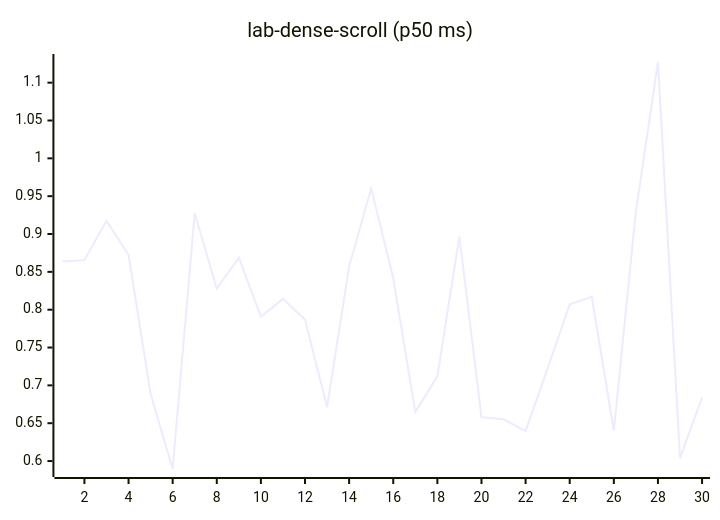
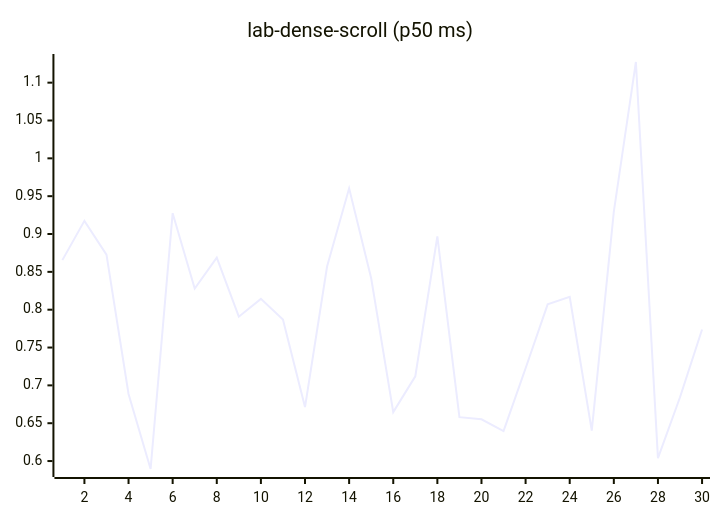
Diagram 12 of 27 in README.md (josha/Facet), drawn with Mermaid before and after one commit. The commit also changed other lines of this file and 2 other files, not shown here.

````diff
--- a/README.md
+++ b/README.md
@@ -140,6 +140,6 @@
 ```mermaid
 xychart-beta
     title "lab-dense-scroll (p50 ms)"
     x-axis 1 --> 30
-    line [0.8638, 0.8655, 0.9174, 0.8727, 0.6887, 0.5895, 0.9275, 0.8280, 0.8687, 0.7908, 0.8143, 0.7869, 0.6713, 0.8570, 0.9604, 0.8416, 0.6647, 0.7120, 0.8968, 0.6580, 0.6552, 0.6397, 0.7226, 0.8071, 0.8171, 0.6401, 0.9297, 1.1273, 0.6038, 0.6843]
+    line [0.8655, 0.9174, 0.8727, 0.6887, 0.5895, 0.9275, 0.8280, 0.8687, 0.7908, 0.8143, 0.7869, 0.6713, 0.8570, 0.9604, 0.8416, 0.6647, 0.7120, 0.8968, 0.6580, 0.6552, 0.6397, 0.7226, 0.8071, 0.8171, 0.6401, 0.9297, 1.1273, 0.6038, 0.6843, 0.7739]
 ```
````
